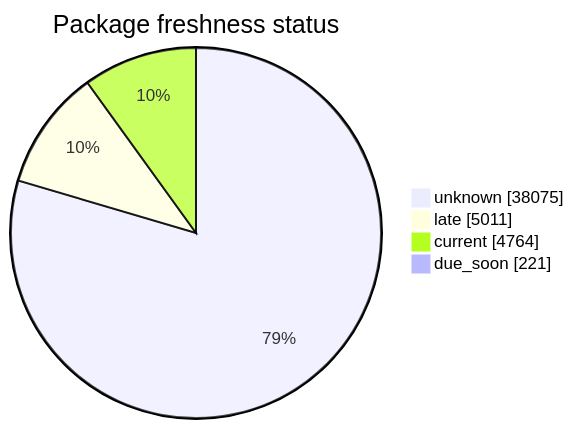
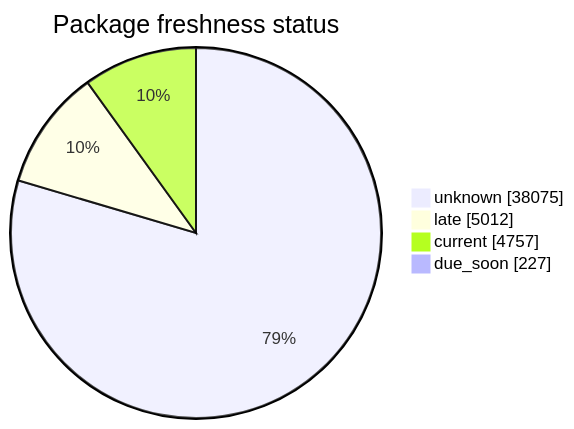
The second of 5 diagrams in FreshCheck/README.md (open-data/analytics-corporate-reporting), drawn with Mermaid before and after one commit. The commit also changed other lines of this file and 3 other files, not shown here.

````diff
--- a/FreshCheck/README.md
+++ b/FreshCheck/README.md
@@ -68,7 +68,7 @@
 ```mermaid
 pie showData title Package freshness status
     "unknown": 38075
-    "late": 5011
-    "current": 4764
-    "due_soon": 221
+    "late": 5012
+    "current": 4757
+    "due_soon": 227
 ```
````
